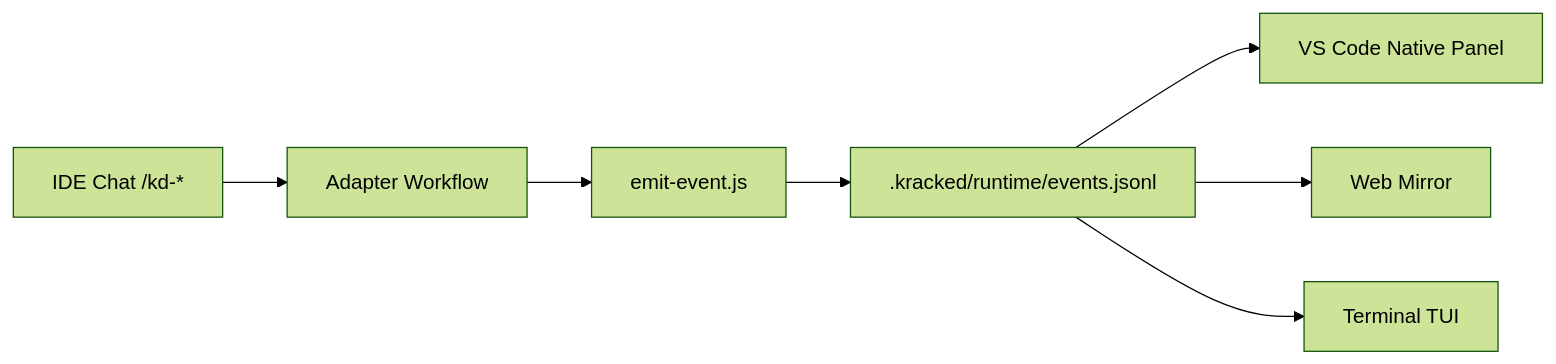
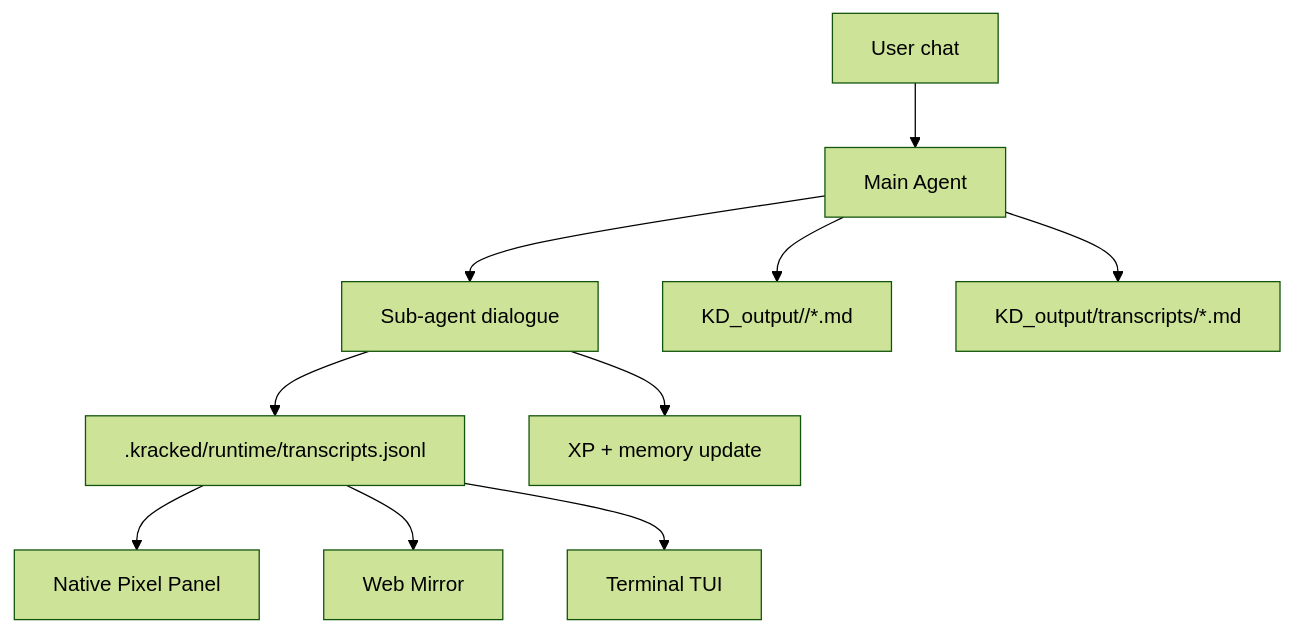
One commit to MoonWIRaja/Kracked_Skills_Agent changed the diagram in README.md. Above: the diagram before and after it, drawn with Mermaid (forest theme). The commit also changed other lines of this file and 86 other files, not shown here.

````diff
--- a/README.md
+++ b/README.md
@@ -166,9 +331,12 @@
 ```mermaid
-flowchart LR
-  A[IDE Chat /kd-*] --> B[Adapter Workflow]
-  B --> C[emit-event.js]
-  C --> D[.kracked/runtime/events.jsonl]
-  D --> E[VS Code Native Panel]
-  D --> F[Web Mirror]
-  D --> G[Terminal TUI]
+flowchart TD
+    A["User chat"] --> B["Main Agent"]
+    B --> C["Sub-agent dialogue"]
+    C --> D[".kracked/runtime/transcripts.jsonl"]
+    B --> E["KD_output/<stage>/*.md"]
+    B --> F["KD_output/transcripts/*.md"]
+    C --> G["XP + memory update"]
+    D --> H["Native Pixel Panel"]
+    D --> I["Web Mirror"]
+    D --> J["Terminal TUI"]
 ```
````
